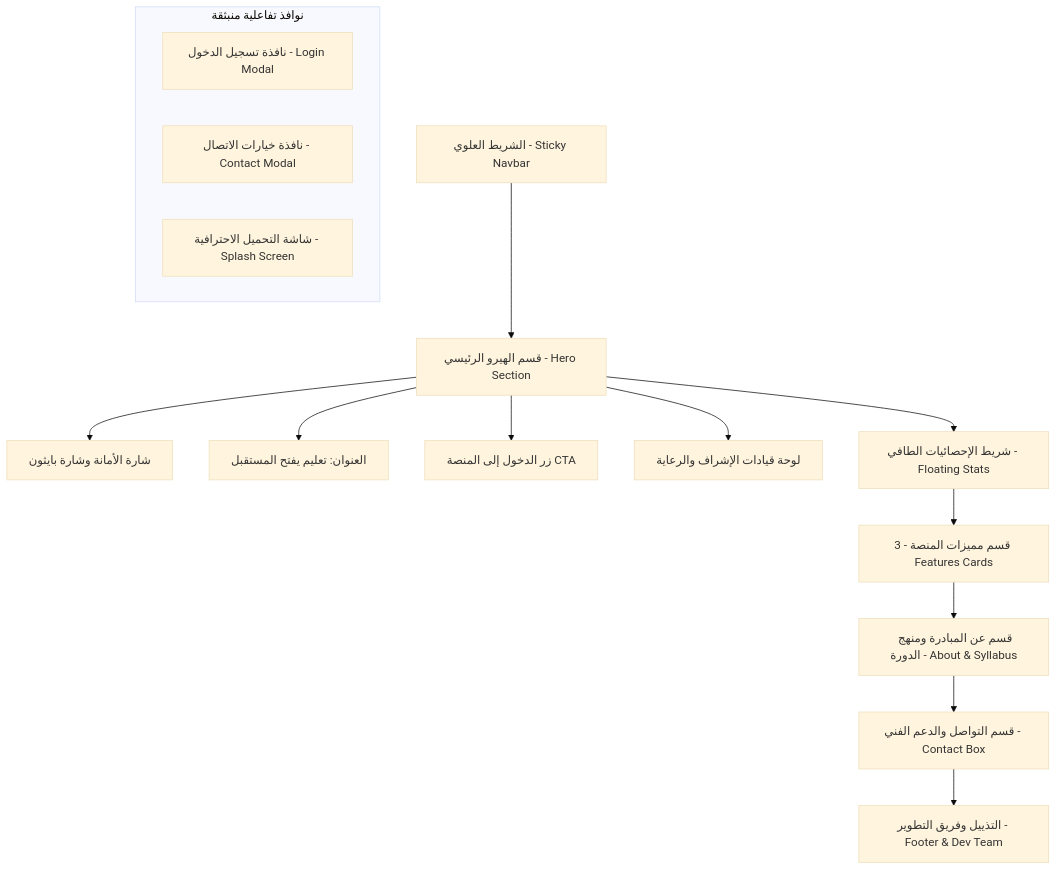
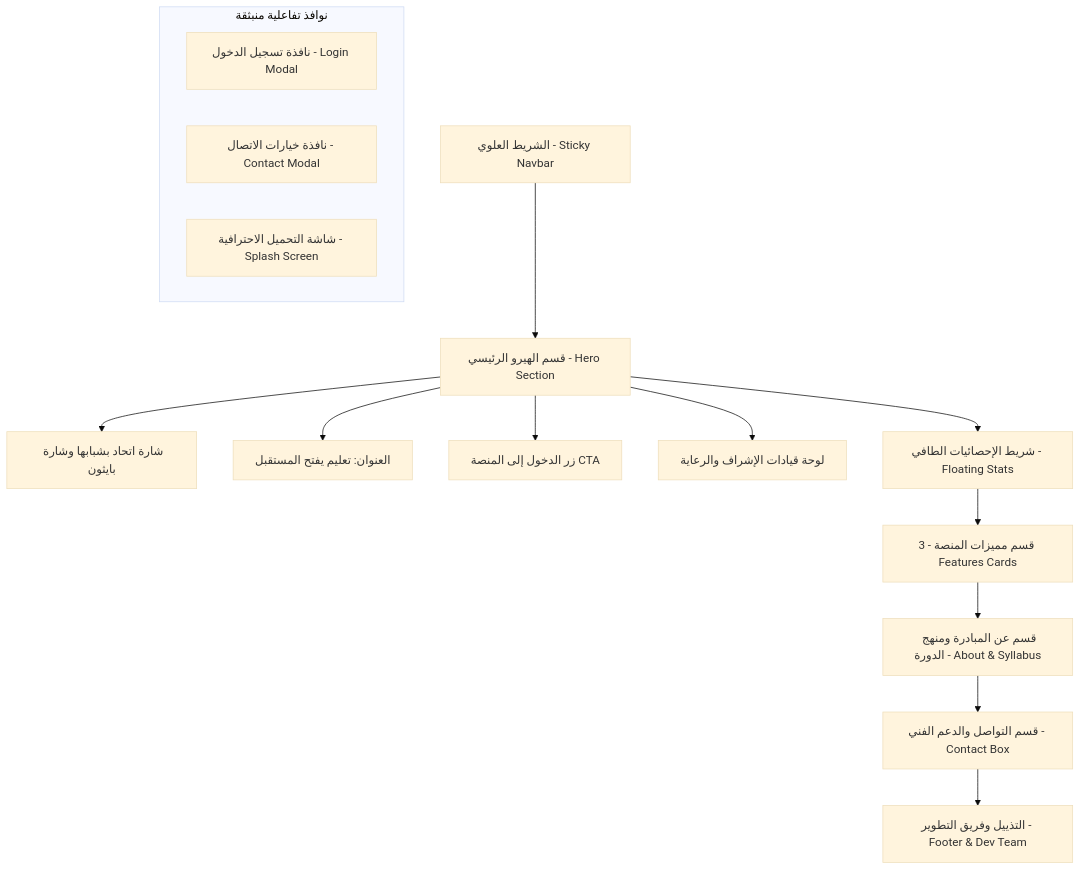
The diagram in docs/LANDING_PAGE_DOC.md (IbrahimElshishtawy/Mostakbal-Watan-Courses), drawn with Mermaid (base theme) before and after one commit. The commit also changed other lines of this file and 5 other files, not shown here.

````diff
--- a/docs/LANDING_PAGE_DOC.md
+++ b/docs/LANDING_PAGE_DOC.md
@@ -37,19 +37,19 @@
 ```mermaid
 graph TD
     A[الشريط العلوي - Sticky Navbar] --> B[قسم الهيرو الرئيسي - Hero Section]
-    B --> B1[شارة الأمانة وشارة بايثون]
+    B --> B1[شارة اتحاد بشبابها وشارة بايثون]
     B --> B2[العنوان: تعليم يفتح المستقبل]
     B --> B3[زر الدخول إلى المنصة CTA]
     B --> B4[لوحة قيادات الإشراف والرعاية]
     B --> C[شريط الإحصائيات الطافي - Floating Stats]
     C --> D[قسم مميزات المنصة - 3 Features Cards]
     D --> E[قسم عن المبادرة ومنهج الدورة - About & Syllabus]
     E --> F[قسم التواصل والدعم الفني - Contact Box]
     F --> G[التذييل وفريق التطوير - Footer & Dev Team]
     
     subgraph Modals [نوافذ تفاعلية منبثقة]
         M1[نافذة تسجيل الدخول - Login Modal]
         M2[نافذة خيارات الاتصال - Contact Modal]
         M3[شاشة التحميل الاحترافية - Splash Screen]
     end
 ```
````
